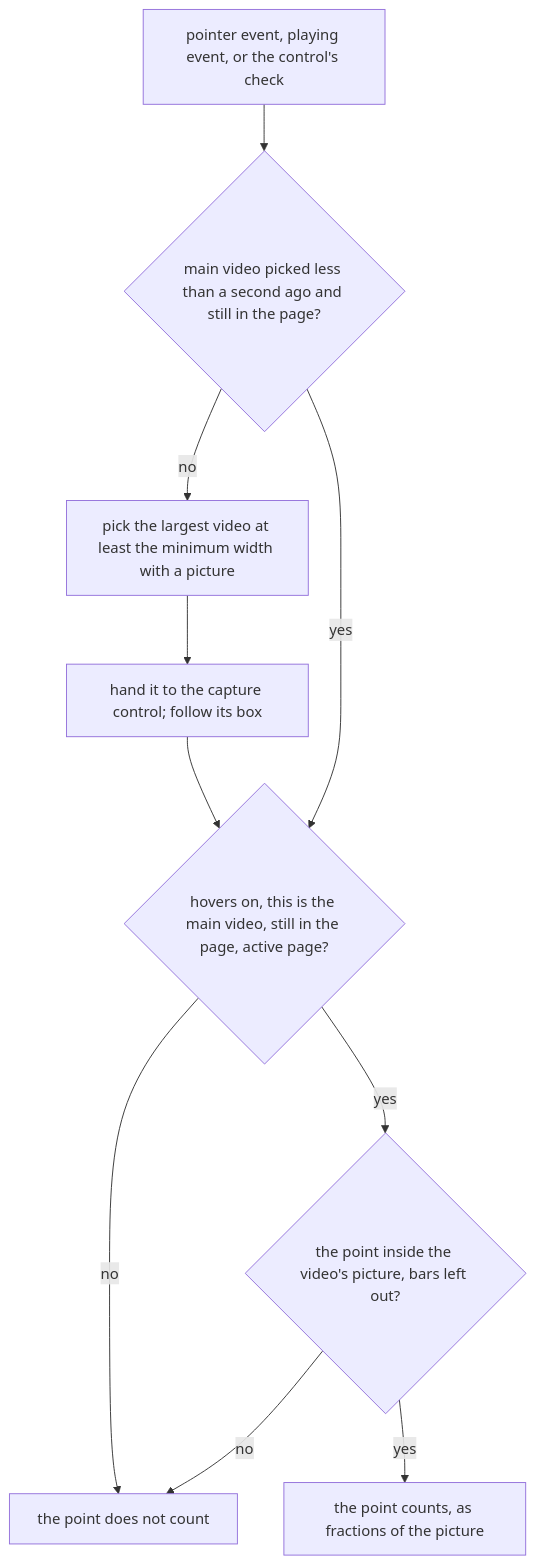
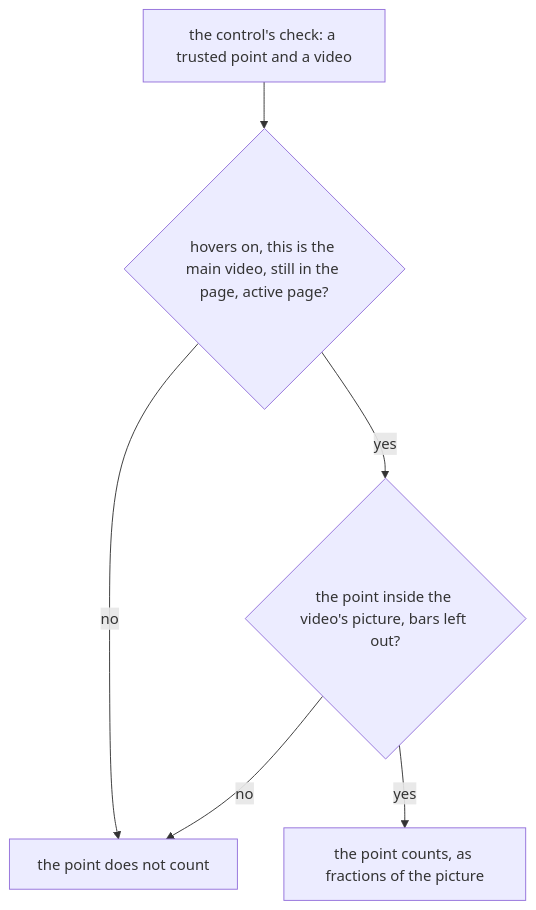
Before and after one commit to ryangswe/kenbunshoku: the fifth of 14 diagrams in docs/hover-map.md, drawn with Mermaid. The commit also changed other lines of this file and 4 other files, not shown here.

````diff
--- a/docs/hover-map.md
+++ b/docs/hover-map.md
@@ -191,19 +241,14 @@
 ```mermaid
 flowchart TD
-  ASK["pointer event, playing event, or the control's check"]
-  RECENT{"main video picked less than a second ago and still in the page?"}
-  PICK["pick the largest video at least the minimum width with a picture"]
-  ATTACH["hand it to the capture control; follow its box"]
+  ASK["the control's check: a trusted point and a video"]
   ELIG{"hovers on, this is the main video, still in the page, active page?"}
   INSIDE{"the point inside the video's picture, bars left out?"}
   YES["the point counts, as fractions of the picture"]
   NO["the point does not count"]
 
-  ASK --> RECENT
-  RECENT -->|no| PICK --> ATTACH --> ELIG
-  RECENT -->|yes| ELIG
+  ASK --> ELIG
   ELIG -->|no| NO
   ELIG -->|yes| INSIDE
   INSIDE -->|yes| YES
   INSIDE -->|no| NO
 ```
````
